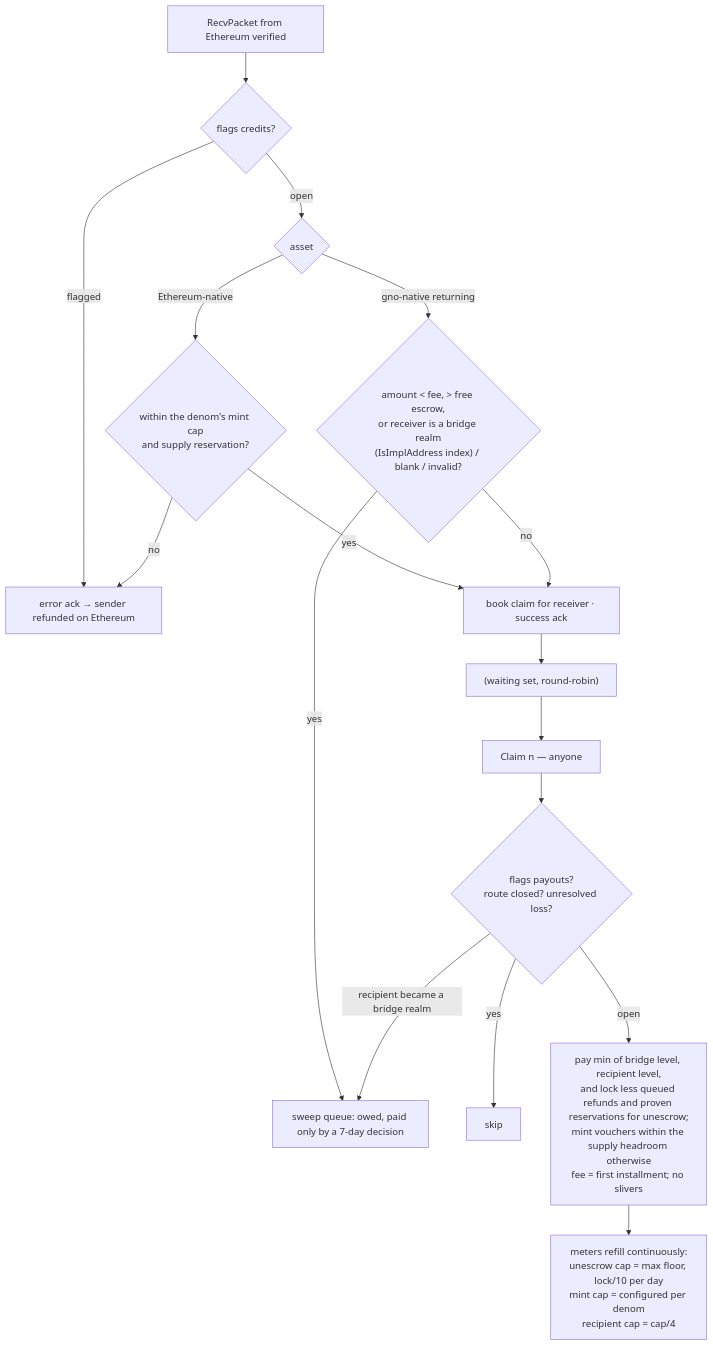
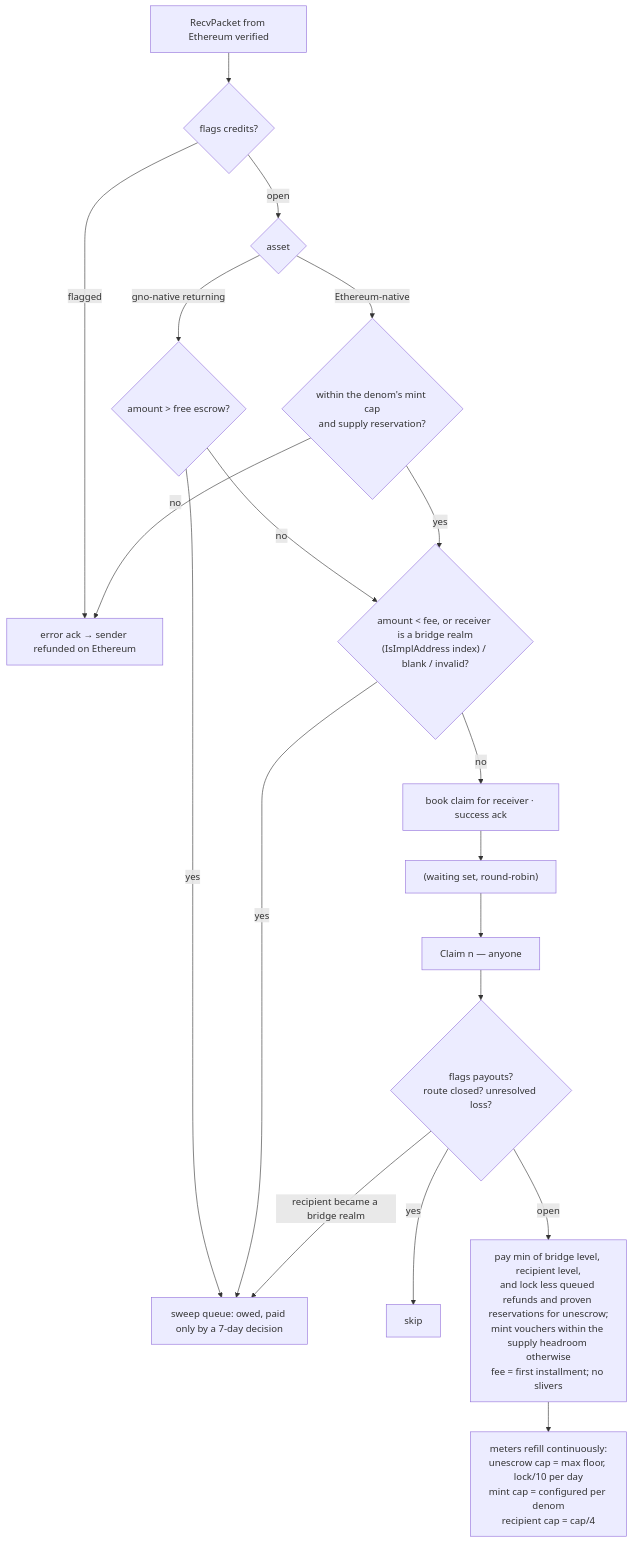
One commit to gnolang/gno changed the ninth of 13 diagrams in gno.land/adr/pr6375_ibc_ethereum.md. Above: the diagram before and after it, drawn with Mermaid. The commit also changed other lines of this file, not shown here.

````diff
--- a/gno.land/adr/pr6375_ibc_ethereum.md
+++ b/gno.land/adr/pr6375_ibc_ethereum.md
@@ -706,19 +706,21 @@
 ```mermaid
 flowchart TD
   RX[RecvPacket from Ethereum verified] --> F{flags credits?}
   F -- flagged --> ERR[error ack → sender refunded on Ethereum]
   F -- open --> KIND{asset}
-  KIND -- gno-native returning --> SW{"amount < fee, > free escrow,<br/>or receiver is a bridge realm<br/>(IsImplAddress index) / blank / invalid?"}
+  KIND -- gno-native returning --> FE{"amount > free escrow?"}
+  FE -- yes --> SWEEP
+  FE -- no --> SW
   KIND -- Ethereum-native --> MC{within the denom's mint cap<br/>and supply reservation?}
   MC -- no --> ERR
-  MC -- yes --> CL
+  MC -- yes --> SW{"amount < fee, or receiver is a bridge realm<br/>(IsImplAddress index) / blank / invalid?"}
   SW -- yes --> SWEEP[sweep queue: owed, paid only by a 7-day decision]
   SW -- no --> CL[book claim for receiver · success ack]
   CL --> WQ["(waiting set, round-robin)"]
   WQ --> CLAIM[Claim n — anyone]
   CLAIM --> PF{"flags payouts?<br/>route closed? unresolved loss?"}
   PF -- yes --> STOP[skip]
   PF -- "recipient became a bridge realm" --> SWEEP
   PF -- open --> PAY[pay min of bridge level, recipient level,<br/>and lock less queued refunds and proven reservations for unescrow;<br/>mint vouchers within the supply headroom otherwise<br/>fee = first installment; no slivers]
   PAY --> REF[meters refill continuously:<br/>unescrow cap = max floor, lock/10 per day<br/>mint cap = configured per denom<br/>recipient cap = cap/4]
 ```
````
